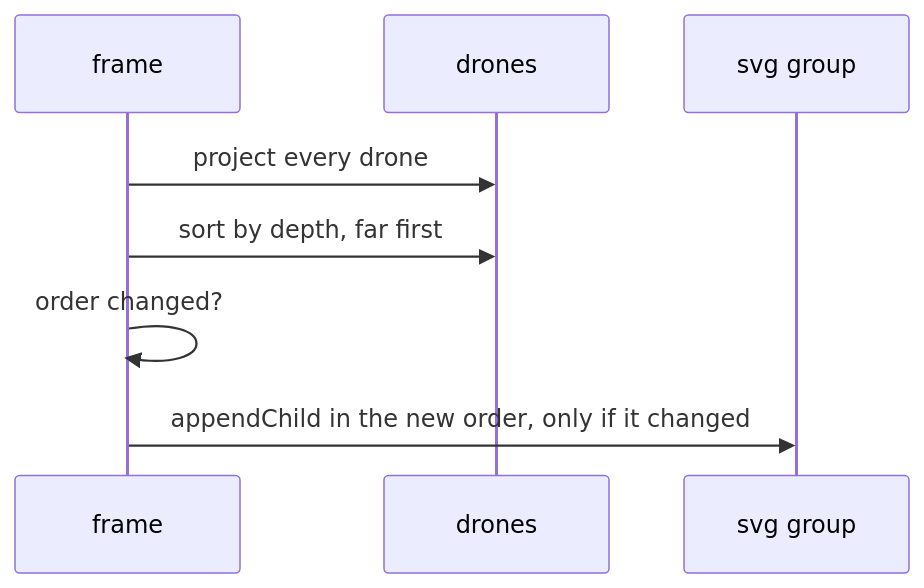
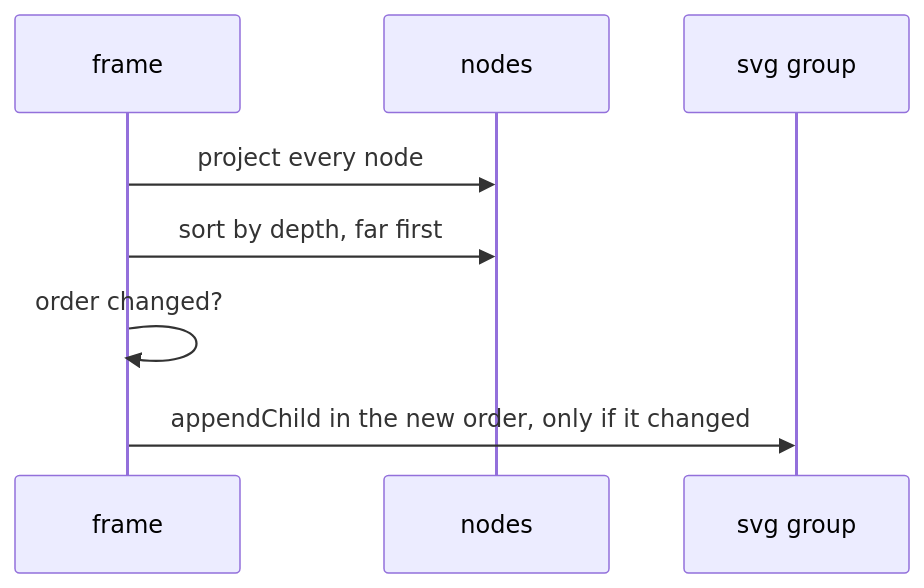
The second of 2 diagrams in docs/concepts/3d-perspective-projection-and-depth-sorting.md (Aditya-Jyoti/swarm-communication), drawn with Mermaid before and after one commit. The commit also changed other lines of this file and 40 other files, not shown here.

First line of the commit message:
refactor: drop the drone framing, nodes are just network peers

````diff
--- a/docs/concepts/3d-perspective-projection-and-depth-sorting.md
+++ b/docs/concepts/3d-perspective-projection-and-depth-sorting.md
@@ -56,10 +56,10 @@
 ```mermaid
 sequenceDiagram
     participant F as frame
-    participant D as drones
+    participant D as nodes
     participant G as svg group
-    F->>D: project every drone
+    F->>D: project every node
     F->>D: sort by depth, far first
     F->>F: order changed?
     F->>G: appendChild in the new order, only if it changed
 ```
````
